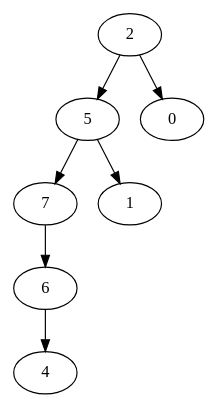
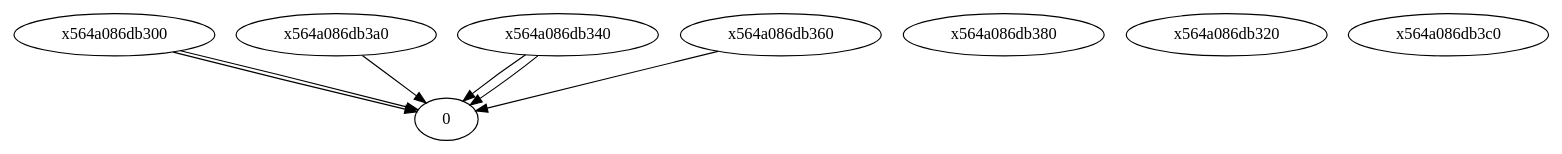
One commit to QGruchet/HuffmanCoding changed the diagram in src/out/binary_tree.dot. Above: the diagram before and after it, drawn with Graphviz. The commit also changed 5 other files, not shown here.

```diff
--- a/src/out/binary_tree.dot
+++ b/src/out/binary_tree.dot
@@ -1,16 +1,16 @@
 digraph{
-2->
-5->
-7
-7->
-6
-6->
-4
-4
-5->
-1
-1
-2->
-0
-0
+0x564a086db300->
+0x564a086db3a0
+0x564a086db3a0->
+0x564a086db380
+0x564a086db380
+0x564a086db300->
+0x564a086db340->
+0x564a086db320
+0x564a086db320
+0x564a086db340->
+0x564a086db360->
+0x564a086db3c0
+0x564a086db3c0
+0x564a086db360
 }
```
